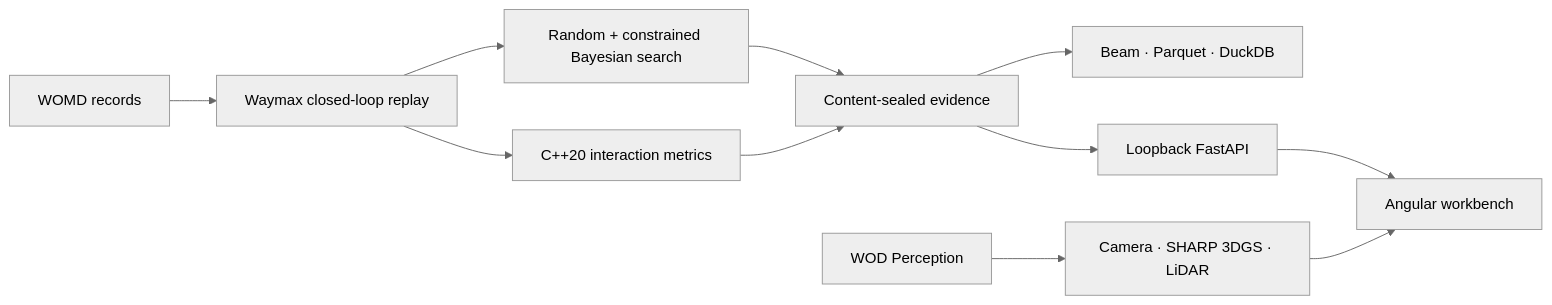
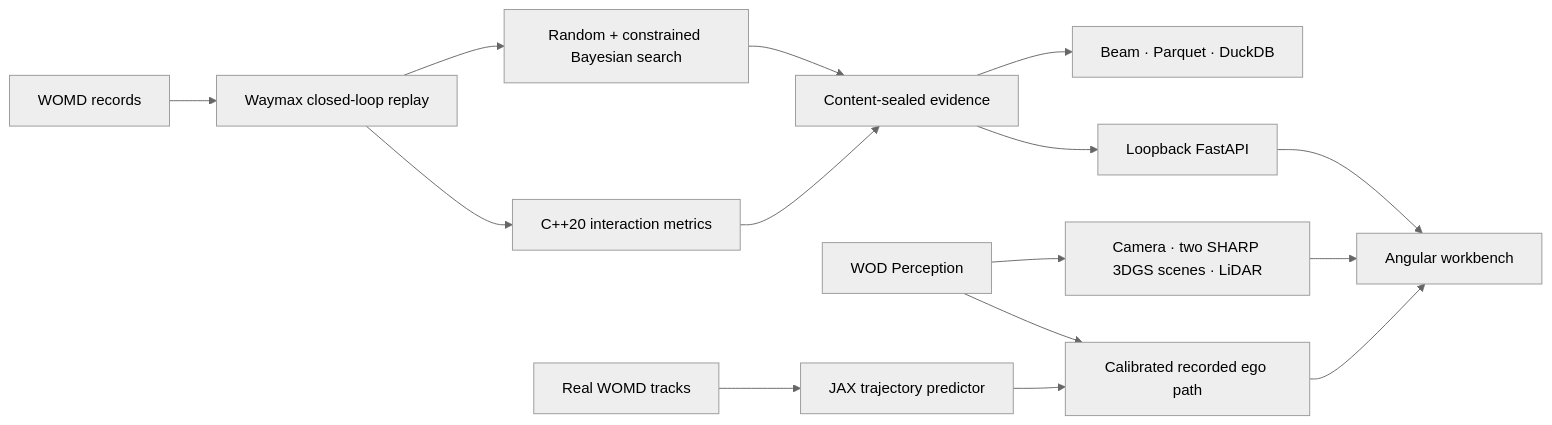
One commit to ethanvillalovoz/planmargin changed the diagram in README.md. Above: the diagram before and after it, drawn with Mermaid (neutral theme). The commit also changed other lines of this file and 25 other files, not shown here.

````diff
--- a/README.md
+++ b/README.md
@@ -148,13 +158,17 @@
 ```mermaid
 flowchart LR
     W["WOMD records"] --> X["Waymax closed-loop replay"]
     X --> S["Random + constrained Bayesian search"]
     X --> C["C++20 interaction metrics"]
     S --> E["Content-sealed evidence"]
     C --> E
     E --> D["Beam · Parquet · DuckDB"]
     E --> A["Loopback FastAPI"]
-    P["WOD Perception"] --> V["Camera · SHARP 3DGS · LiDAR"]
+    M["Real WOMD tracks"] --> J["JAX trajectory predictor"]
+    P["WOD Perception"] --> V["Camera · two SHARP 3DGS scenes · LiDAR"]
+    P --> R["Calibrated recorded ego path"]
+    J --> R
     A --> U["Angular workbench"]
     V --> U
+    R --> U
 ```
````
